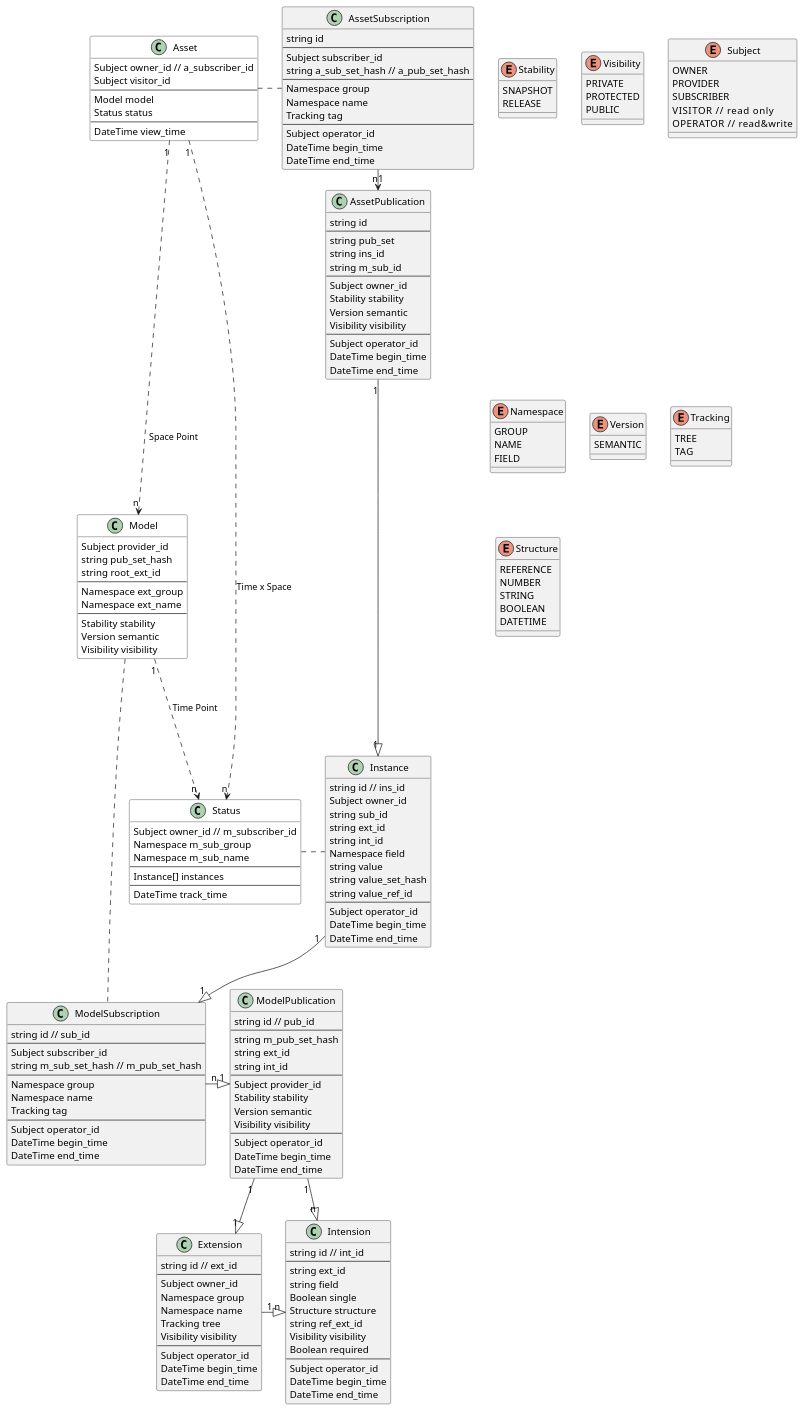
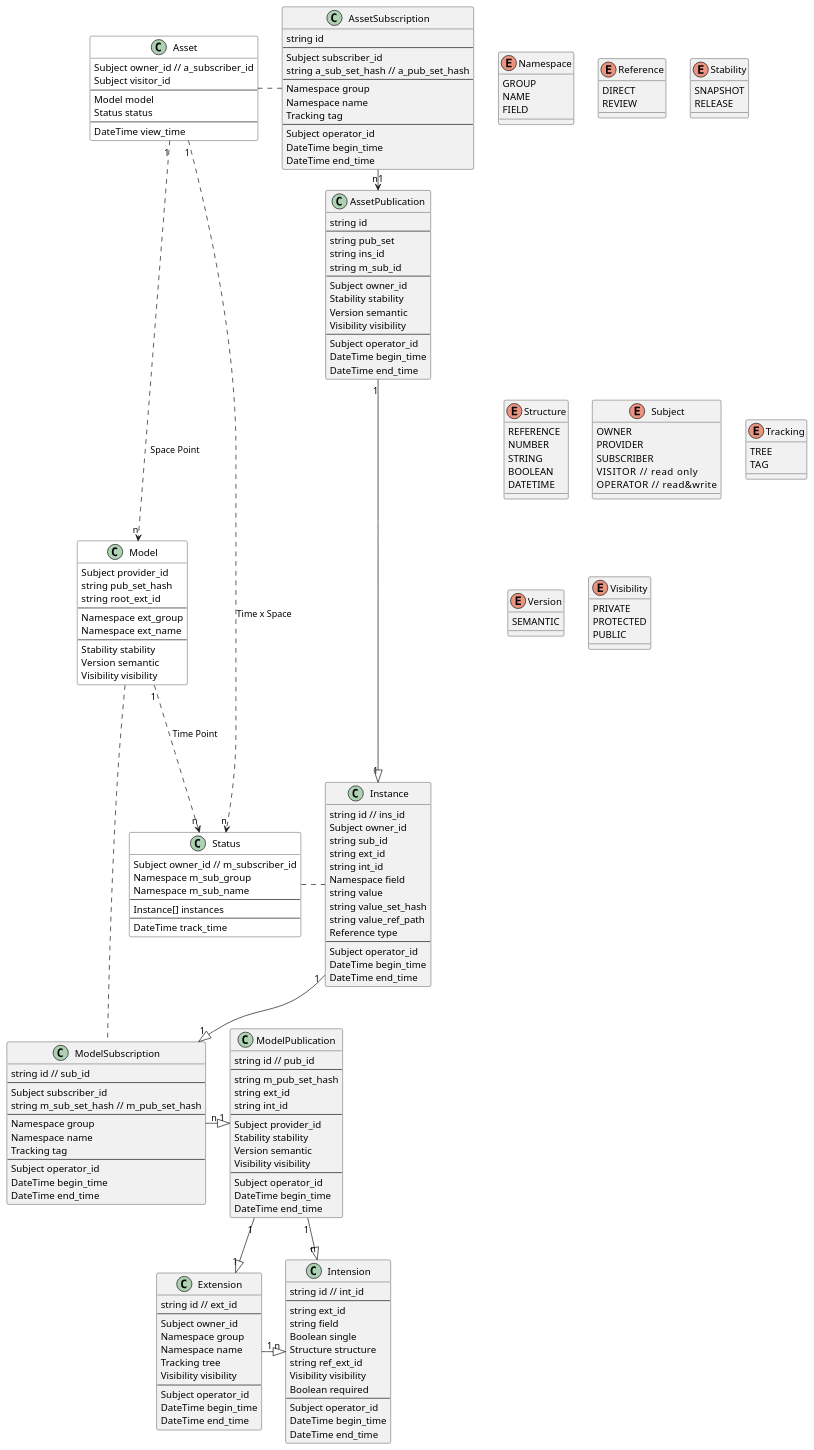
Before and after one commit to SINeWang/kiimate: the diagram in kiimate.puml, drawn with PlantUML. The commit also changed 1 other file, not shown here.

```diff
--- a/kiimate.puml
+++ b/kiimate.puml
@@ -166,24 +166,38 @@
     Namespace field
     string value
     string value_set_hash
-    string value_ref_id
+    string value_ref_path
+    Reference type
     ---
     Subject operator_id
     DateTime begin_time
     DateTime end_time
 }
 
+
+
+
+enum Namespace {
+    GROUP
+    NAME
+    FIELD
+}
+enum Reference {
+    DIRECT
+    REVIEW
+}
+
 enum Stability {
     SNAPSHOT
     RELEASE
 }
-
-enum Visibility {
-    PRIVATE
-    PROTECTED
-    PUBLIC
+enum Structure {
+    REFERENCE
+    NUMBER
+    STRING
+    BOOLEAN
+    DATETIME
 }
-
 enum Subject {
     OWNER
     PROVIDER
@@ -191,28 +205,19 @@
     VISITOR     // read only
     OPERATOR    // read&write
 }
-
-enum Namespace {
-    GROUP
-    NAME
-    FIELD
-}
-
-enum Version {
-    SEMANTIC
-}
-
 enum Tracking {
     TREE
     TAG
 }
-
-enum Structure {
-    REFERENCE
-    NUMBER
-    STRING
-    BOOLEAN
-    DATETIME
+enum Version {
+    SEMANTIC
+}
+enum Visibility {
+    PRIVATE
+    PROTECTED
+    PUBLIC
 }
 
+
+
 @enduml
```
